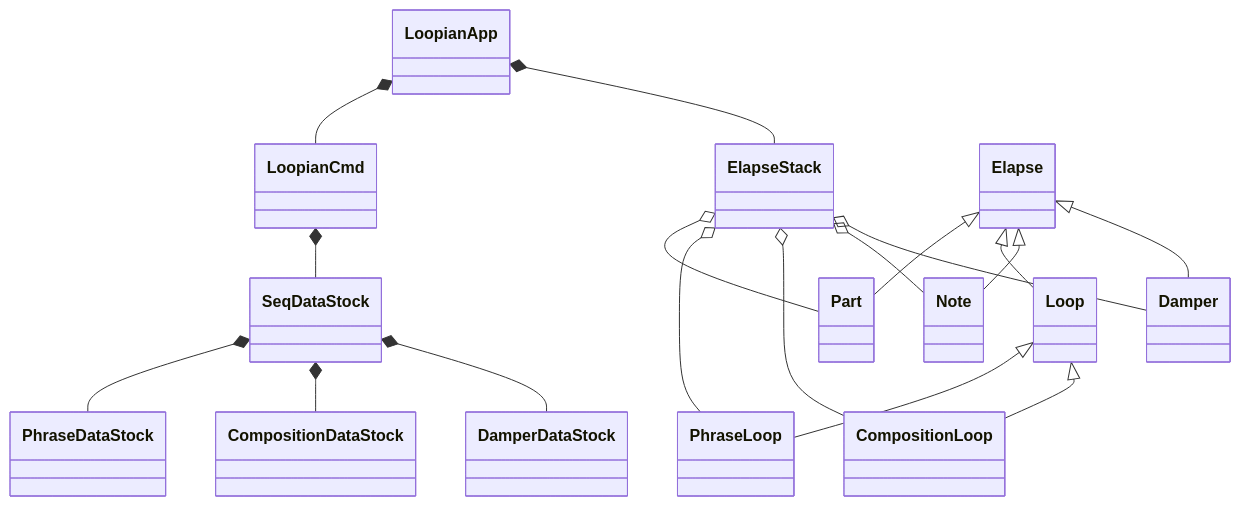
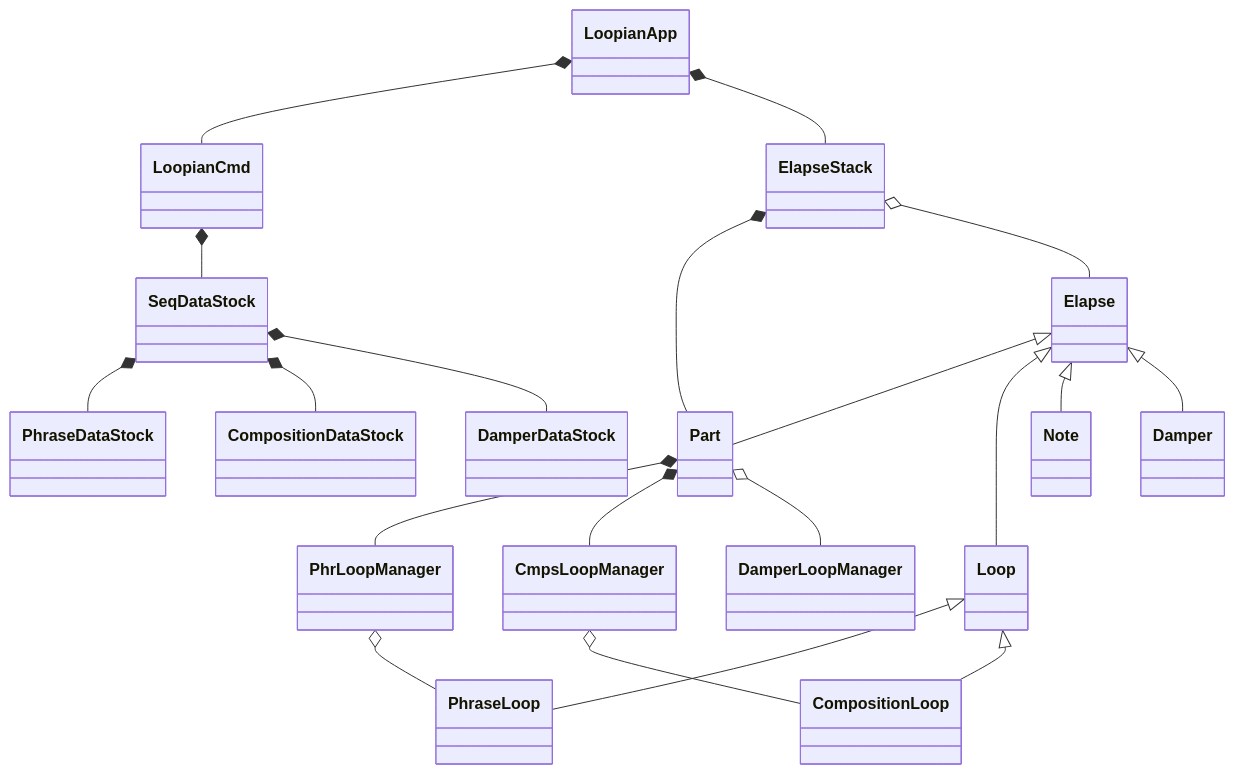
One commit to hasebems/Loopian_Rust changed the diagram in doc/idea.md. Above: the diagram before and after it, drawn with Mermaid. The commit also changed other lines of this file and 2 other files, not shown here.

````diff
--- a/doc/idea.md
+++ b/doc/idea.md
@@ -75,20 +95,22 @@
 ```mermaid
 classDiagram
 LoopianApp *-- LoopianCmd
 LoopianApp *-- ElapseStack
 Elapse <|-- Part
 Elapse <|-- Loop
 Loop <|-- PhraseLoop
 Loop <|-- CompositionLoop
 Elapse <|-- Note
 Elapse <|-- Damper
-ElapseStack o-- Part
-ElapseStack o-- PhraseLoop
-ElapseStack o-- CompositionLoop
-ElapseStack o-- Note
-ElapseStack o-- Damper
+ElapseStack *-- Part
+ElapseStack o-- Elapse
 LoopianCmd *-- SeqDataStock
 SeqDataStock *-- PhraseDataStock
 SeqDataStock *-- CompositionDataStock
 SeqDataStock *-- DamperDataStock
+Part *-- PhrLoopManager
+Part *-- CmpsLoopManager
+Part o-- DamperLoopManager
+PhrLoopManager o-- PhraseLoop
+CmpsLoopManager o-- CompositionLoop
 ```
````
